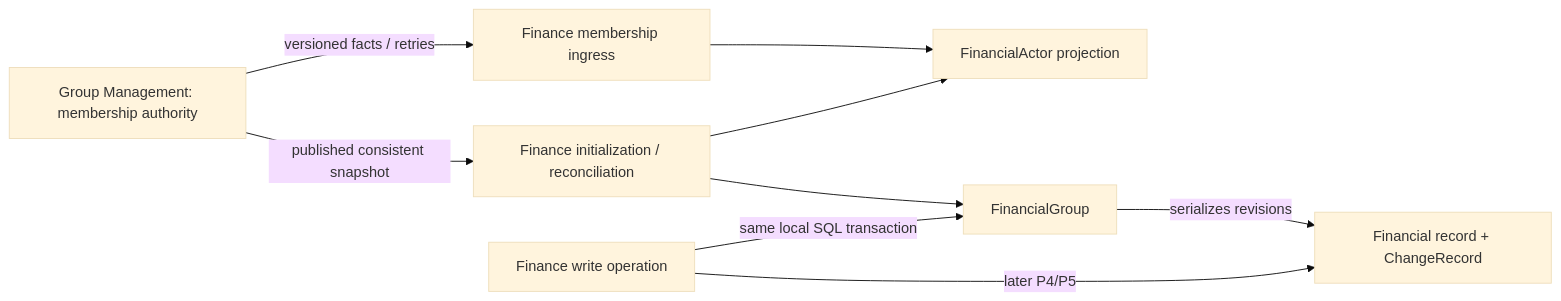
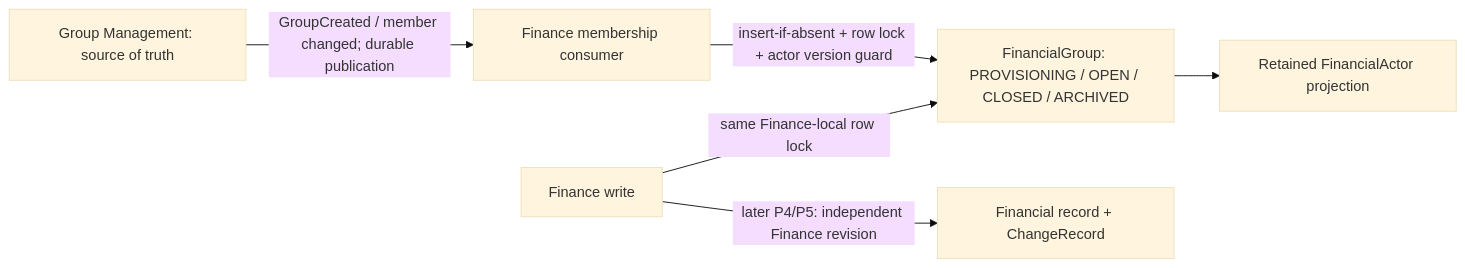
One commit to frederik-hoeft/min-favs-sharewise changed the first of 2 diagrams in docs/internal/integration/phase-3-foundation.md. Above: the diagram before and after it, drawn with Mermaid (base theme). The commit also changed other lines of this file and 3 other files, not shown here.

````diff
--- a/docs/internal/integration/phase-3-foundation.md
+++ b/docs/internal/integration/phase-3-foundation.md
@@ -17,11 +15,8 @@
 ```mermaid
 flowchart LR
-    group["Group Management: membership authority"] -->|"versioned facts / retries"| listener["Finance membership ingress"]
-    group -->|"published consistent snapshot"| init["Finance initialization / reconciliation"]
-    listener --> projection["FinancialActor projection"]
-    init --> projection
-    init --> fg["FinancialGroup"]
-    operation["Finance write operation"] -->|"same local SQL transaction"| fg
-    operation -->|"later P4/P5"| journal["Financial record + ChangeRecord"]
-    fg -->|"serializes revisions"| journal
+    group["Group Management: source of truth"] -->|"GroupCreated / member changed; durable publication"| listener["Finance membership consumer"]
+    listener -->|"insert-if-absent + row lock + actor version guard"| fg["FinancialGroup: PROVISIONING / OPEN / CLOSED / ARCHIVED"]
+    fg --> actor["Retained FinancialActor projection"]
+    operation["Finance write"] -->|"same Finance-local row lock"| fg
+    operation -->|"later P4/P5: independent Finance revision"| journal["Financial record + ChangeRecord"]
 ```
````
